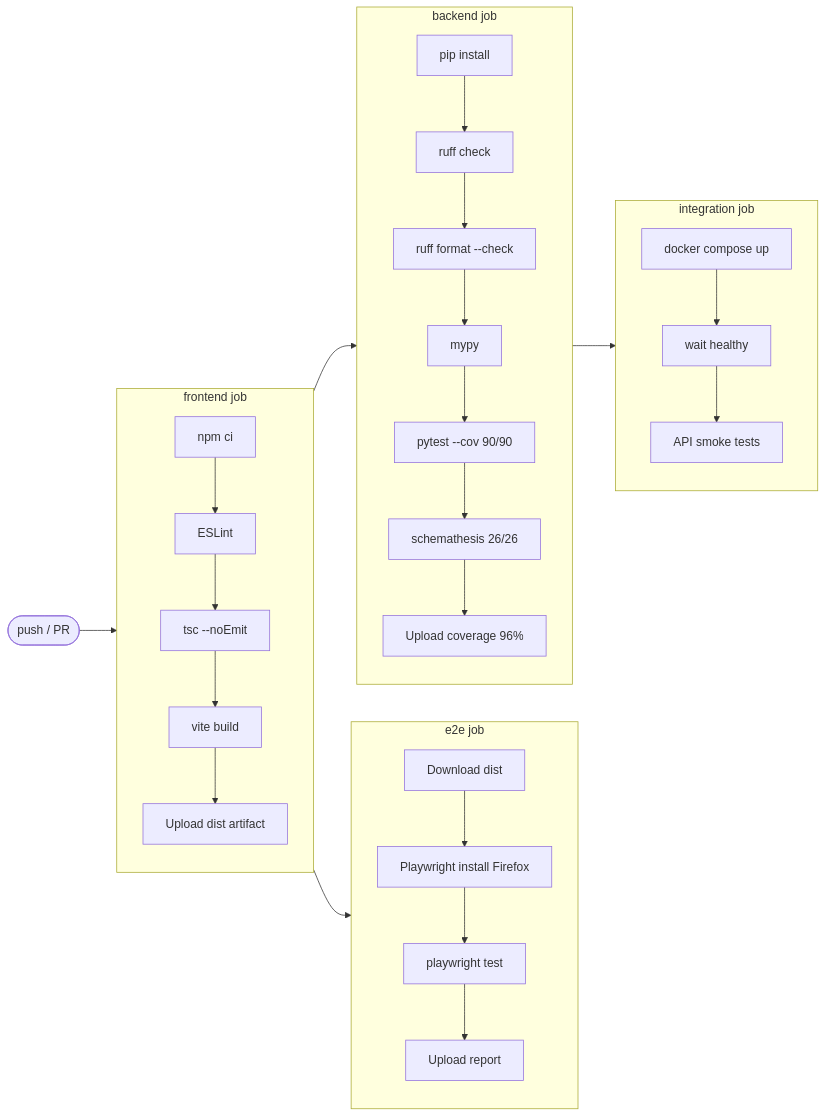
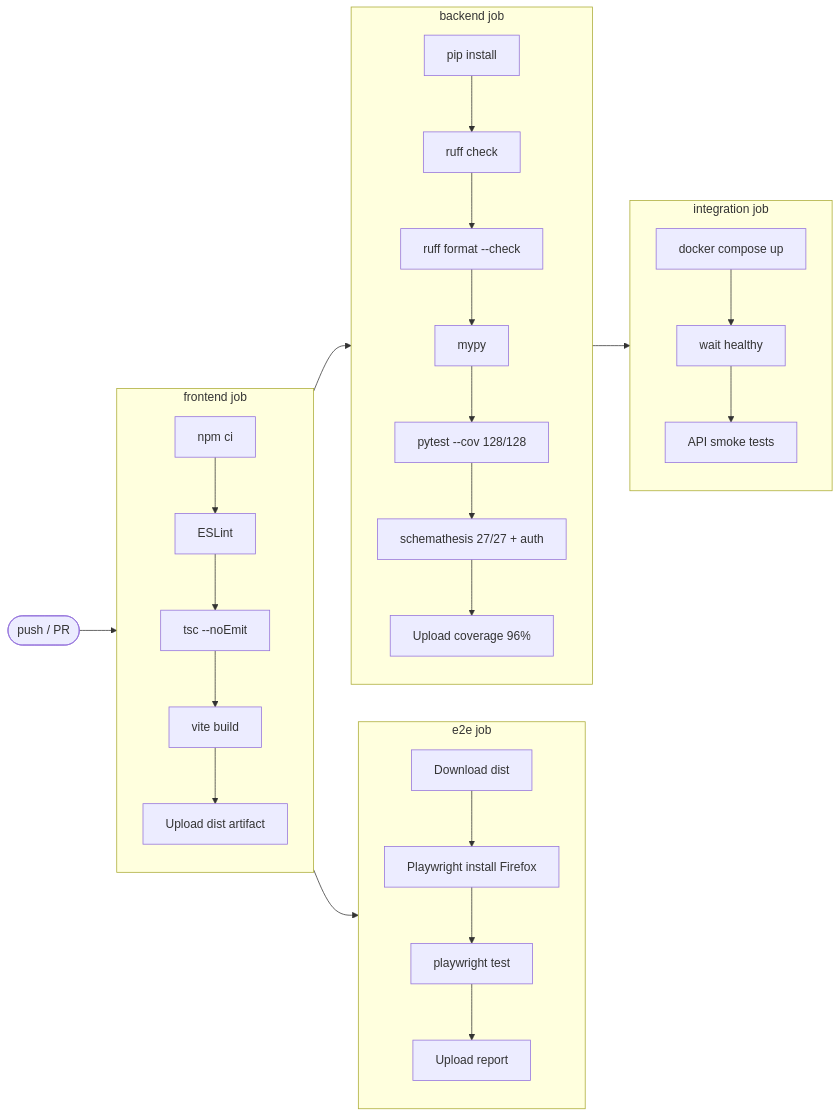
The second of 3 diagrams in README.md (Kensan196948G/ArcSphere3D), drawn with Mermaid before and after one commit. The commit also changed other lines of this file, not shown here.

Commit message:
docs(readme): update feature list + API table for JWKS, schemathesis counts for Issue #22

````diff
--- a/README.md
+++ b/README.md
@@ -144,35 +146,35 @@
 ```mermaid
 flowchart LR
     A([push / PR]) --> F
 
     subgraph F["frontend job"]
         F1[npm ci] --> F2[ESLint]
         F2 --> F3[tsc --noEmit]
         F3 --> F4[vite build]
         F4 --> F5[Upload dist artifact]
     end
 
     subgraph E["e2e job"]
         E1[Download dist] --> E2[Playwright install Firefox]
         E2 --> E3[playwright test]
         E3 --> E4[Upload report]
     end
 
     subgraph B["backend job"]
         B1[pip install] --> B2[ruff check]
         B2 --> B3[ruff format --check]
         B3 --> B4[mypy]
-        B4 --> B5[pytest --cov 90/90]
-        B5 --> B6[schemathesis 26/26]
+        B4 --> B5[pytest --cov 128/128]
+        B5 --> B6[schemathesis 27/27 + auth]
         B6 --> B7[Upload coverage 96%]
     end
 
     subgraph I["integration job"]
         I1[docker compose up] --> I2[wait healthy]
         I2 --> I3[API smoke tests]
     end
 
     F --> E
     F --> B
     B --> I
 ```
````
